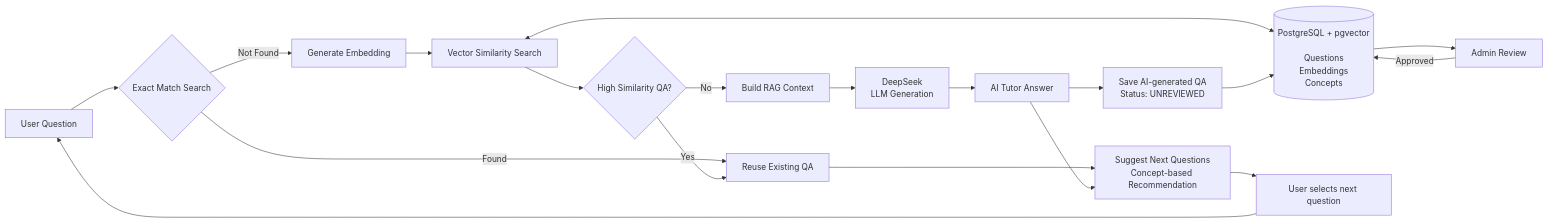
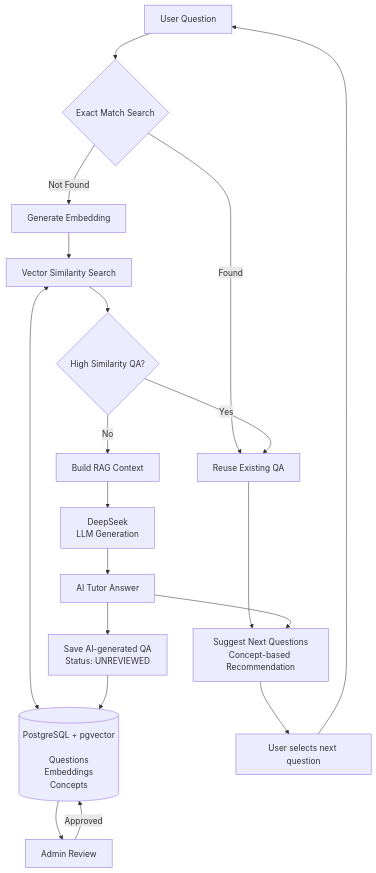
Before and after one commit to k94-ishi/physics-ai-tutor: the second of 2 diagrams in README.md, drawn with Mermaid. The commit also changed other lines of this file, not shown here.

Commit message:
Change flowchart from LR to TB in README.md

````diff
--- a/README.md
+++ b/README.md
@@ -102,42 +102,42 @@
 ```mermaid
-flowchart LR
+flowchart TB
     U[User Question]
 
     DB[(PostgreSQL + pgvector<br/><br/>Questions<br/>Embeddings<br/>Concepts)]
 
     U --> EXACT{Exact Match Search}
 
     EXACT -->|Found| EXIST[Reuse Existing QA]
 
     EXACT -->|Not Found| EMB[Generate Embedding]
 
     EMB --> SEARCH[Vector Similarity Search]
 
     SEARCH <--> DB
 
     SEARCH --> SIM{High Similarity QA?}
 
     SIM -->|Yes| EXIST
 
     SIM -->|No| CONTEXT[Build RAG Context]
 
     CONTEXT --> LLM[DeepSeek<br/>LLM Generation]
 
     LLM --> ANSWER[AI Tutor Answer]
 
     ANSWER --> SAVE[Save AI-generated QA<br/>Status: UNREVIEWED]
 
     SAVE --> DB
 
     DB --> REVIEW[Admin Review]
 
     REVIEW -->|Approved| DB
 
     EXIST --> NEXT[Suggest Next Questions<br/>Concept-based Recommendation]
 
     ANSWER --> NEXT
 
     NEXT --> USER_ACTION[User selects next question]
 
     USER_ACTION --> U
 ```
````
